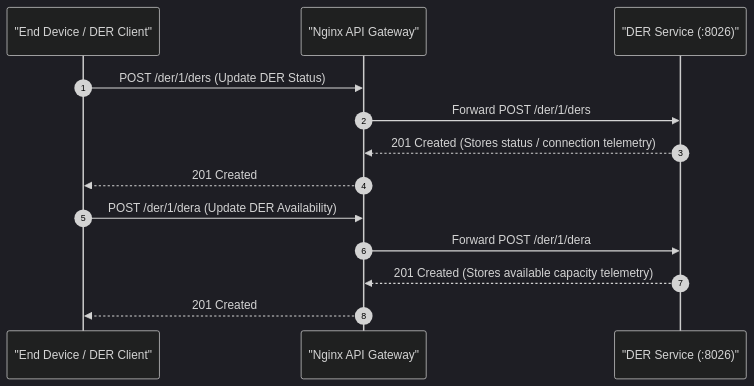
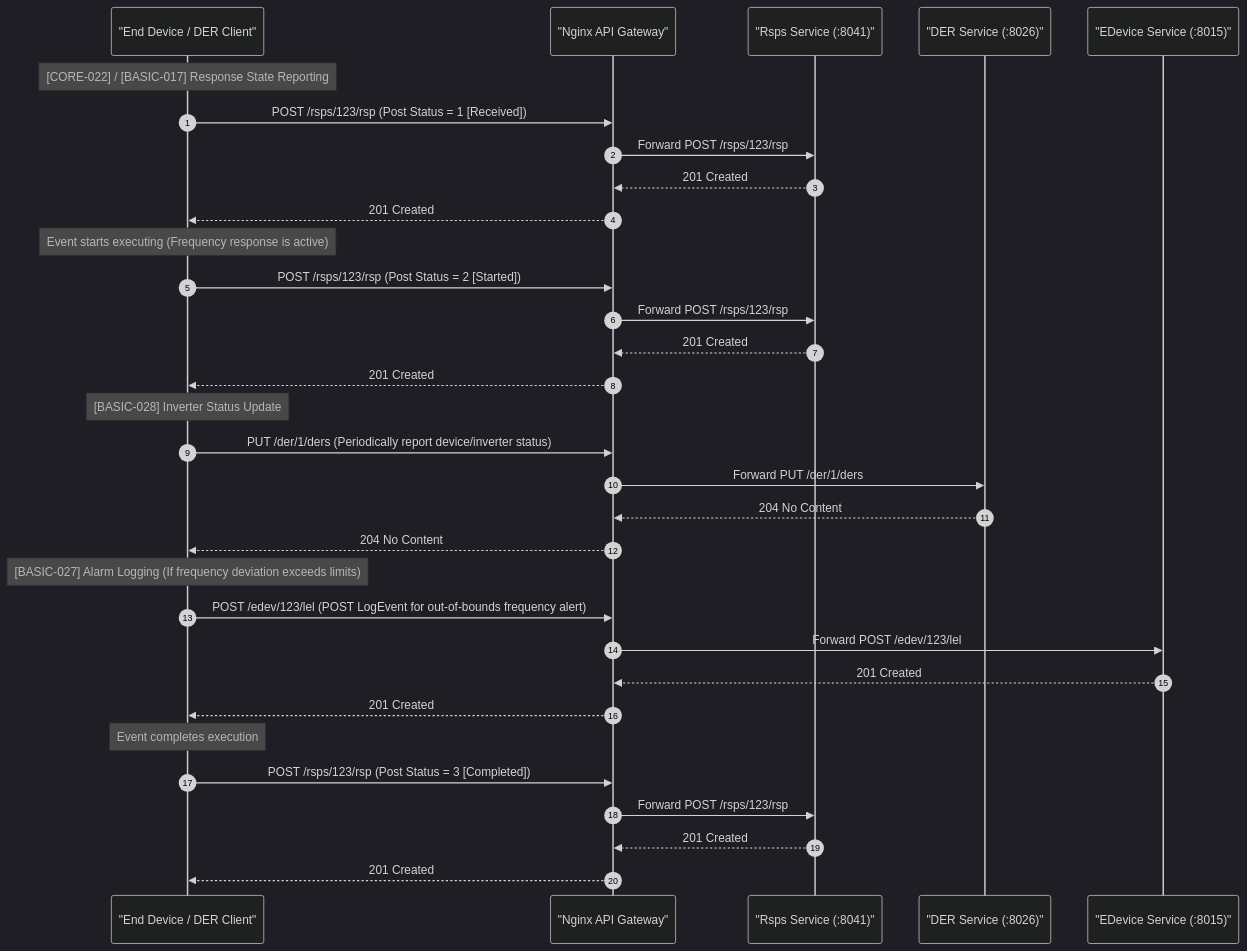
One commit to Tylores/egot changed the fifth of 6 diagrams in lifecycles/frequency_response.md. Above: the diagram before and after it, drawn with Mermaid (dark theme). The commit also changed other lines of this file and 68 other files, not shown here.

Commit message:
refactor: migrate to microservices architecture, add validation tools and scenario tests

````diff
--- a/lifecycles/frequency_response.md
+++ b/lifecycles/frequency_response.md
@@ -104,17 +147,39 @@
 ```mermaid
 sequenceDiagram
     autonumber
     participant Client as "End Device / DER Client"
     participant GW as "Nginx API Gateway"
+    participant RSPS as "Rsps Service (:8041)"
     participant DER as "DER Service (:8026)"
+    participant EDev as "EDevice Service (:8015)"
 
-    Client->>GW: POST /der/1/ders (Update DER Status)
-    GW->>DER: Forward POST /der/1/ders
-    DER-->>GW: 201 Created (Stores status / connection telemetry)
+    Note over Client: [CORE-022] / [BASIC-017] Response State Reporting
+    Client->>GW: POST /rsps/123/rsp (Post Status = 1 [Received])
+    GW->>RSPS: Forward POST /rsps/123/rsp
+    RSPS-->>GW: 201 Created
     GW-->>Client: 201 Created
 
-    Client->>GW: POST /der/1/dera (Update DER Availability)
-    GW->>DER: Forward POST /der/1/dera
-    DER-->>GW: 201 Created (Stores available capacity telemetry)
+    Note over Client: Event starts executing (Frequency response is active)
+    Client->>GW: POST /rsps/123/rsp (Post Status = 2 [Started])
+    GW->>RSPS: Forward POST /rsps/123/rsp
+    RSPS-->>GW: 201 Created
+    GW-->>Client: 201 Created
+
+    Note over Client: [BASIC-028] Inverter Status Update
+    Client->>GW: PUT /der/1/ders (Periodically report device/inverter status)
+    GW->>DER: Forward PUT /der/1/ders
+    DER-->>GW: 204 No Content
+    GW-->>Client: 204 No Content
+
+    Note over Client: [BASIC-027] Alarm Logging (If frequency deviation exceeds limits)
+    Client->>GW: POST /edev/123/lel (POST LogEvent for out-of-bounds frequency alert)
+    GW->>EDev: Forward POST /edev/123/lel
+    EDev-->>GW: 201 Created
+    GW-->>Client: 201 Created
+
+    Note over Client: Event completes execution
+    Client->>GW: POST /rsps/123/rsp (Post Status = 3 [Completed])
+    GW->>RSPS: Forward POST /rsps/123/rsp
+    RSPS-->>GW: 201 Created
     GW-->>Client: 201 Created
 ```
````
